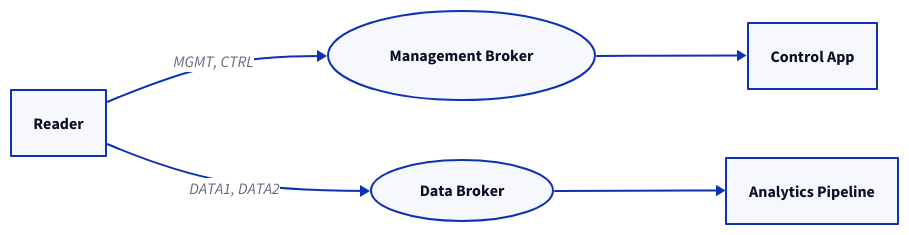
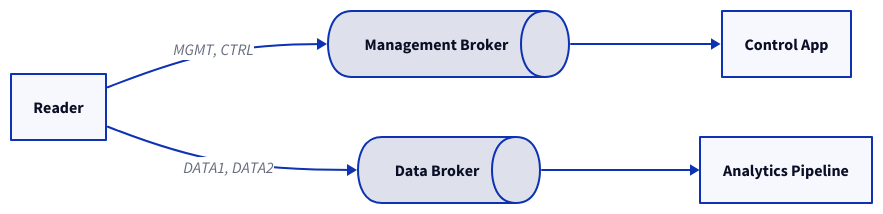
Before and after one commit to admiral-ai/zebra-handheld-rfid-iotc: the second of 3 diagrams in docs/infrastructure/endpoints/multi-endpoint.md, drawn with D2. The commit also changed other lines of this file and 40 other files, not shown here.

First line of the commit message:
Redesign all 54 D2 diagrams to a unified visual system

````diff
--- a/docs/infrastructure/endpoints/multi-endpoint.md
+++ b/docs/infrastructure/endpoints/multi-endpoint.md
@@ -31,12 +32,13 @@
 ```d2
 direction: right
 R: Reader
-B1: Management Broker { shape: oval }
-B2: Data Broker { shape: oval }
+B1: Management Broker { shape: queue }
+B2: Data Broker { shape: queue }
 A1: Control App
 A2: Analytics Pipeline
 R -> B1: "MGMT, CTRL"
 R -> B2: "DATA1, DATA2"
 B1 -> A1
 B2 -> A2
+
 ```
````
